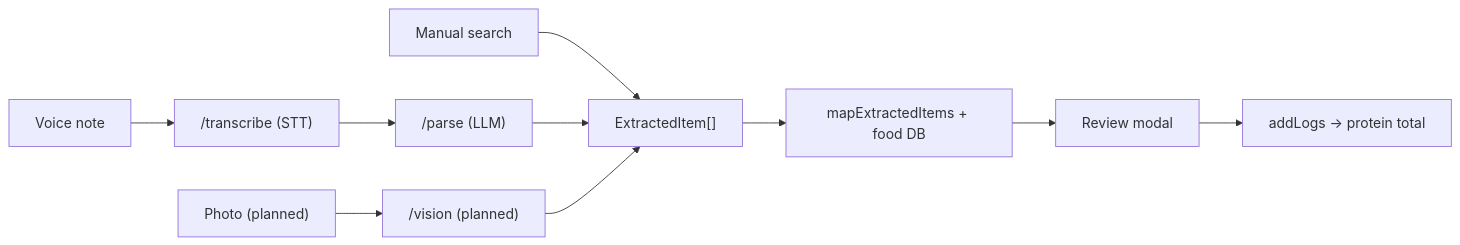
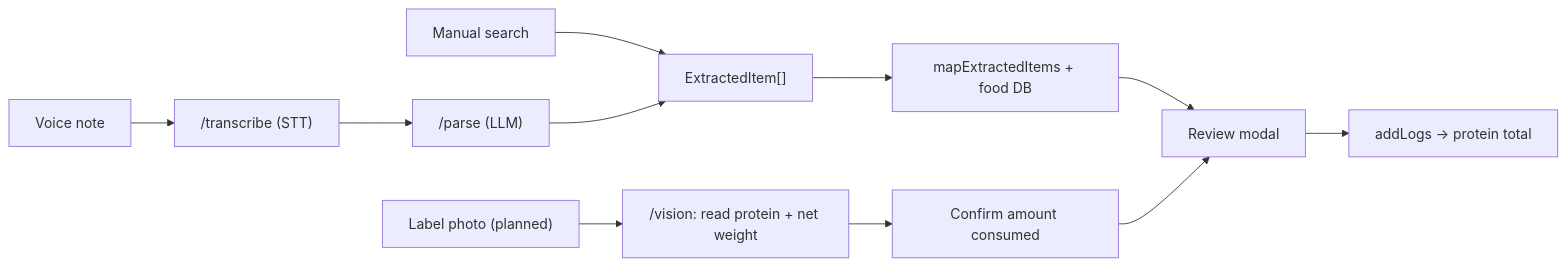
The diagram in docs/Plan.md (sidntrivedi/proteinmate), drawn with Mermaid before and after one commit. The commit also changed other lines of this file, not shown here.

First line of the commit message:
Pivot photo logging to nutrition-label protein reading

````diff
--- a/docs/Plan.md
+++ b/docs/Plan.md
@@ -33,12 +33,13 @@
 ```mermaid
 flowchart LR
   voice["Voice note"] --> stt["/transcribe (STT)"]
   stt --> parse["/parse (LLM)"]
   text["Manual search"] --> items["ExtractedItem[]"]
-  photo["Photo (planned)"] --> vision["/vision (planned)"]
   parse --> items
-  vision --> items
   items --> mapper["mapExtractedItems + food DB"]
   mapper --> review["Review modal"]
+  label["Label photo (planned)"] --> vision["/vision: read protein + net weight"]
+  vision --> confirm["Confirm amount consumed"]
+  confirm --> review
   review --> log["addLogs -> protein total"]
 ```
````
